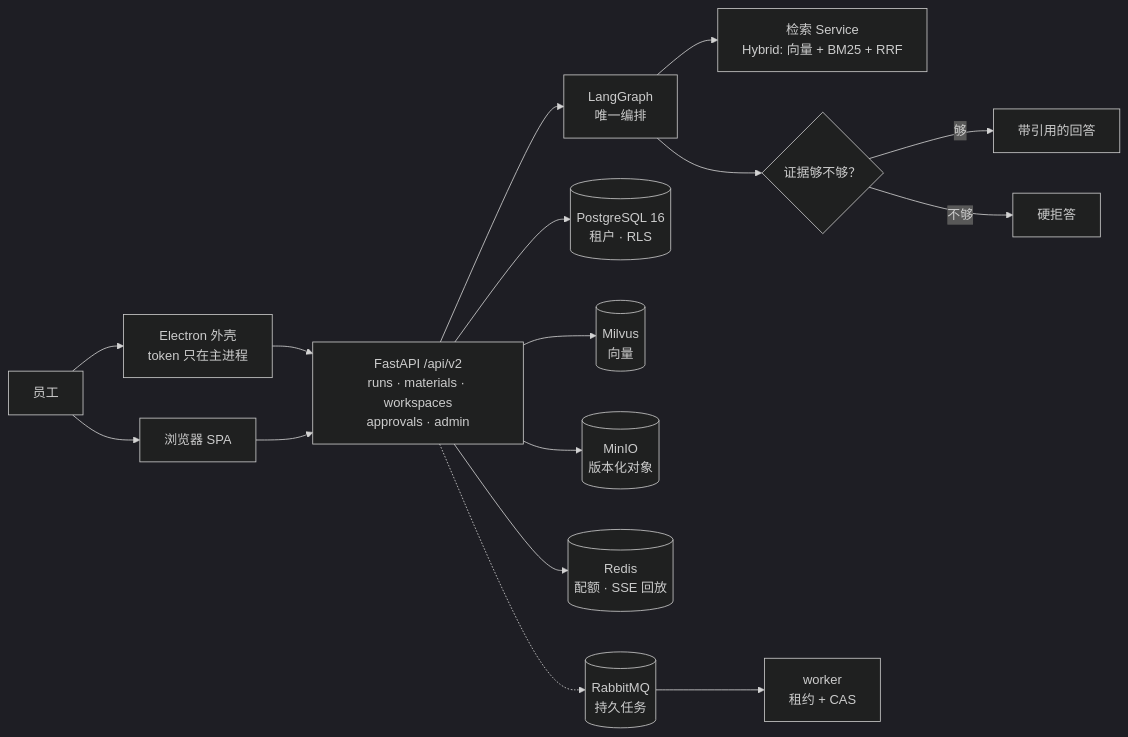
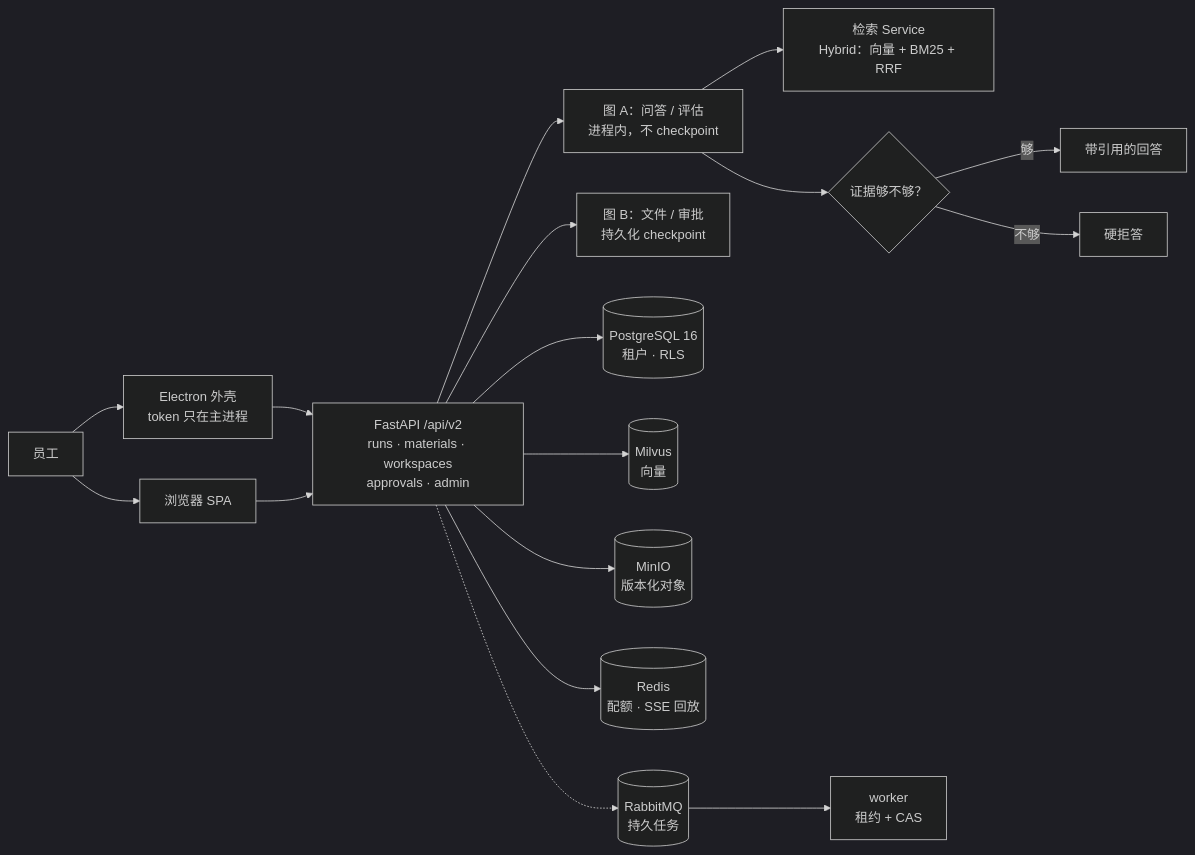
Before and after one commit to Shen-An/policyflow-ai: the diagram in README.md, drawn with Mermaid (dark theme). The commit also changed other lines of this file, not shown here.

````diff
--- a/README.md
+++ b/README.md
@@ -134,18 +133,19 @@
 ```mermaid
 flowchart LR
   U["员工"] --> E["Electron 外壳<br/>token 只在主进程"]
   U --> B["浏览器 SPA"]
   E --> A["FastAPI /api/v2<br/>runs · materials · workspaces<br/>approvals · admin"]
   B --> A
-  A --> G["LangGraph<br/>唯一编排"]
-  G --> R["检索 Service<br/>Hybrid: 向量 + BM25 + RRF"]
-  G --> Q{"证据够不够？"}
+  A --> G1["图 A：问答 / 评估<br/>进程内，不 checkpoint"]
+  A --> G2["图 B：文件 / 审批<br/>持久化 checkpoint"]
+  G1 --> R["检索 Service<br/>Hybrid：向量 + BM25 + RRF"]
+  G1 --> Q{"证据够不够？"}
   Q -->|够| ANS["带引用的回答"]
   Q -->|不够| REF["硬拒答"]
   A --> PG[("PostgreSQL 16<br/>租户 · RLS")]
   A --> MV[("Milvus<br/>向量")]
   A --> S3[("MinIO<br/>版本化对象")]
   A --> RD[("Redis<br/>配额 · SSE 回放")]
   A -.-> MQ[("RabbitMQ<br/>持久任务")]
   MQ --> W["worker<br/>租约 + CAS"]
 ```
````
